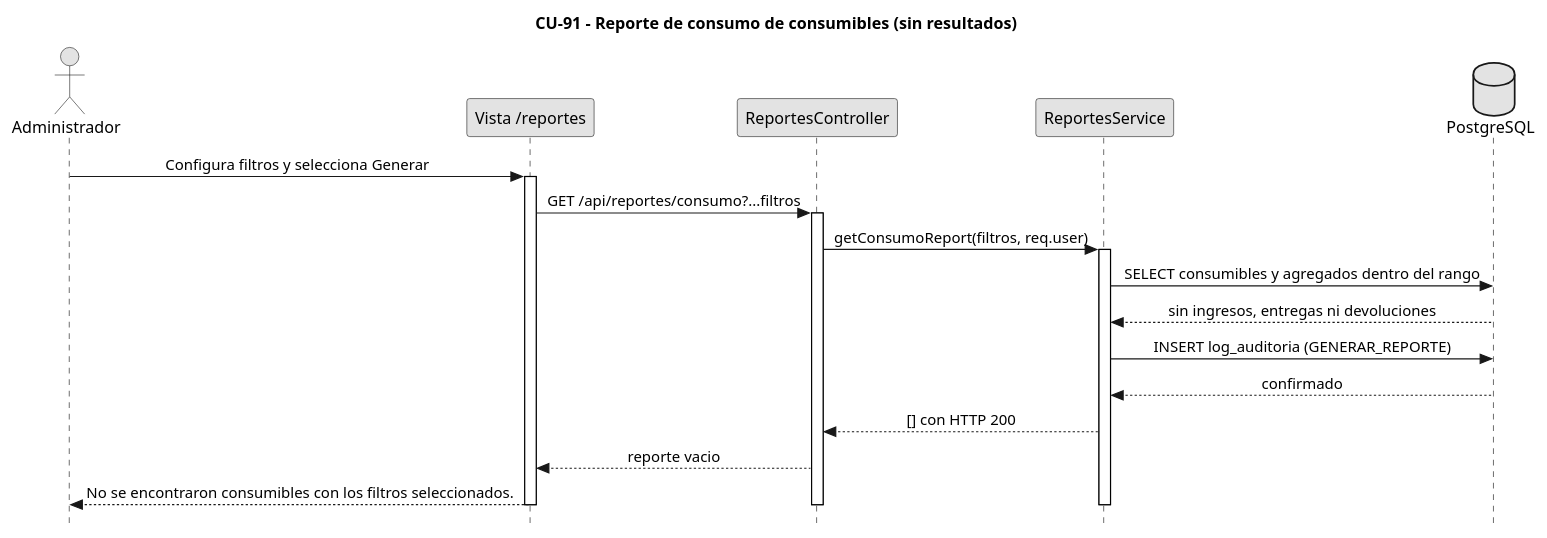
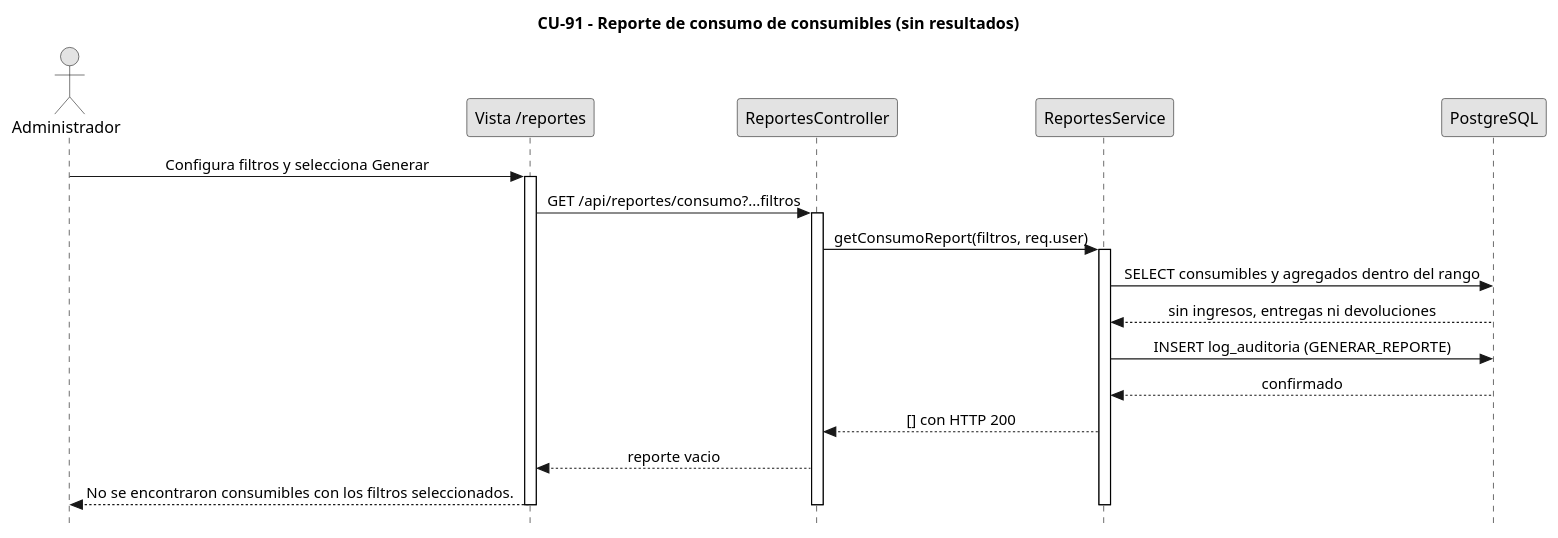
The diagram in diagramas/diagramas-secuencia/CU91/CU91-exc-sin-consumibles.puml (FSM-Finet-y-Cable-Magico/Team_1-Inventario-y-Bodega), drawn with PlantUML before and after one commit. The commit also changed 14 other files, not shown here.

```diff
--- a/diagramas/diagramas-secuencia/CU91/CU91-exc-sin-consumibles.puml
+++ b/diagramas/diagramas-secuencia/CU91/CU91-exc-sin-consumibles.puml
@@ -1,41 +1,41 @@
 @startuml CU91-Consumo-Consumibles-Excepcion
 title CU-91 - Reporte de consumo de consumibles (sin resultados)
 skinparam style strictuml
 skinparam monochrome true
 skinparam shadowing false
 skinparam sequenceMessageAlign center
 <style>
 sequenceDiagram {
 	participant { Margin 35 }
 	actor { Margin 15 }
 }
 </style>
 skinparam sequence {
 	MessageAlign center
 	LifeLineBorderColor black
 }
 hide footbox
 
 actor Administrador as Usuario
 participant "Vista /reportes" as V
 participant "ReportesController" as C
 participant "ReportesService" as SVC
-database "PostgreSQL" as DB
+participant "PostgreSQL" as DB
 
 Usuario -> V : Configura filtros y selecciona Generar
 activate V
 V -> C : GET /api/reportes/consumo?...filtros
 activate C
 C -> SVC : getConsumoReport(filtros, req.user)
 activate SVC
 SVC -> DB : SELECT consumibles y agregados dentro del rango
 DB --> SVC : sin ingresos, entregas ni devoluciones
 SVC -> DB : INSERT log_auditoria (GENERAR_REPORTE)
 DB --> SVC : confirmado
 SVC --> C : [] con HTTP 200
 C --> V : reporte vacio
 V --> Usuario : No se encontraron consumibles con los filtros seleccionados.
 deactivate SVC
 deactivate C
 deactivate V
 @enduml
```
